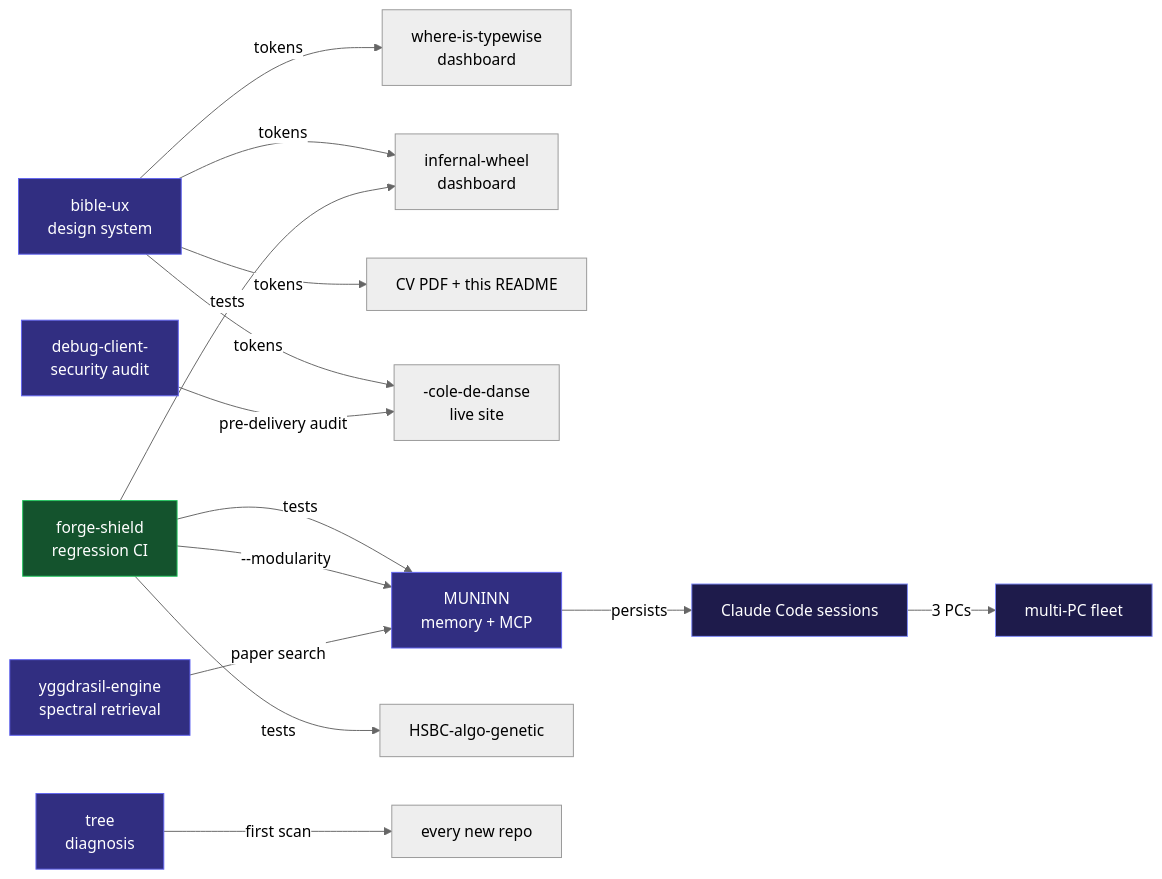
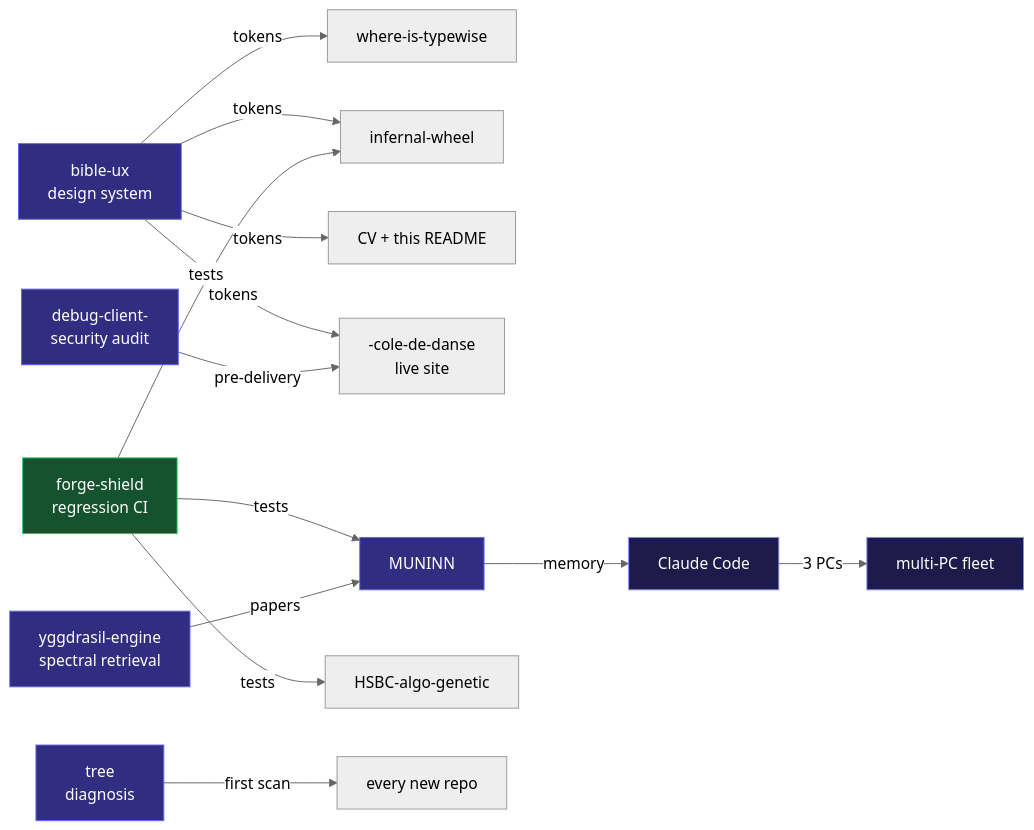
One commit to sky1241/sky1241 changed the diagram in README.md. Above: the diagram before and after it, drawn with Mermaid (neutral theme). The commit also changed other lines of this file and 2 other files, not shown here.

First line of the commit message:
feat: senior polish (bible-ux audit) + auto milestones workflow

````diff
--- a/README.md
+++ b/README.md
@@ -83,28 +75,27 @@
 ```mermaid
 flowchart LR
-    BU[bible-ux<br/>design system] -->|tokens| WIT[where-is-typewise<br/>dashboard]
-    BU -->|tokens| IW[infernal-wheel<br/>dashboard]
-    BU -->|tokens| CV[CV PDF + this README]
+    BU[bible-ux<br/>design system] -->|tokens| WIT[where-is-typewise]
+    BU -->|tokens| IW[infernal-wheel]
+    BU -->|tokens| CV[CV + this README]
     BU -->|tokens| DA[-cole-de-danse<br/>live site]
 
     FS[forge-shield<br/>regression CI] -->|tests| MN[MUNINN]
     FS -->|tests| HS[HSBC-algo-genetic]
     FS -->|tests| IW
-    FS -->|--modularity| MN
 
-    MN[MUNINN<br/>memory + MCP] -->|persists| CC[Claude Code sessions]
+    MN -->|memory| CC[Claude Code]
     CC -->|3 PCs| MFL[multi-PC fleet]
 
     TR[tree<br/>diagnosis] -->|first scan| NR[every new repo]
-    DC[debug-client-<br/>security audit] -->|pre-delivery audit| DA
-    YE[yggdrasil-engine<br/>spectral retrieval] -->|paper search| MN
+    DC[debug-client-<br/>security audit] -->|pre-delivery| DA
+    YE[yggdrasil-engine<br/>spectral retrieval] -->|papers| MN
 
     style BU fill:#312e81,stroke:#6366f1,color:#fff
     style FS fill:#14532d,stroke:#22c55e,color:#fff
     style MN fill:#312e81,stroke:#6366f1,color:#fff
     style YE fill:#312e81,stroke:#6366f1,color:#fff
     style TR fill:#312e81,stroke:#6366f1,color:#fff
     style DC fill:#312e81,stroke:#6366f1,color:#fff
     style CC fill:#1e1b4b,stroke:#818cf8,color:#fff
     style MFL fill:#1e1b4b,stroke:#818cf8,color:#fff
 ```
````
